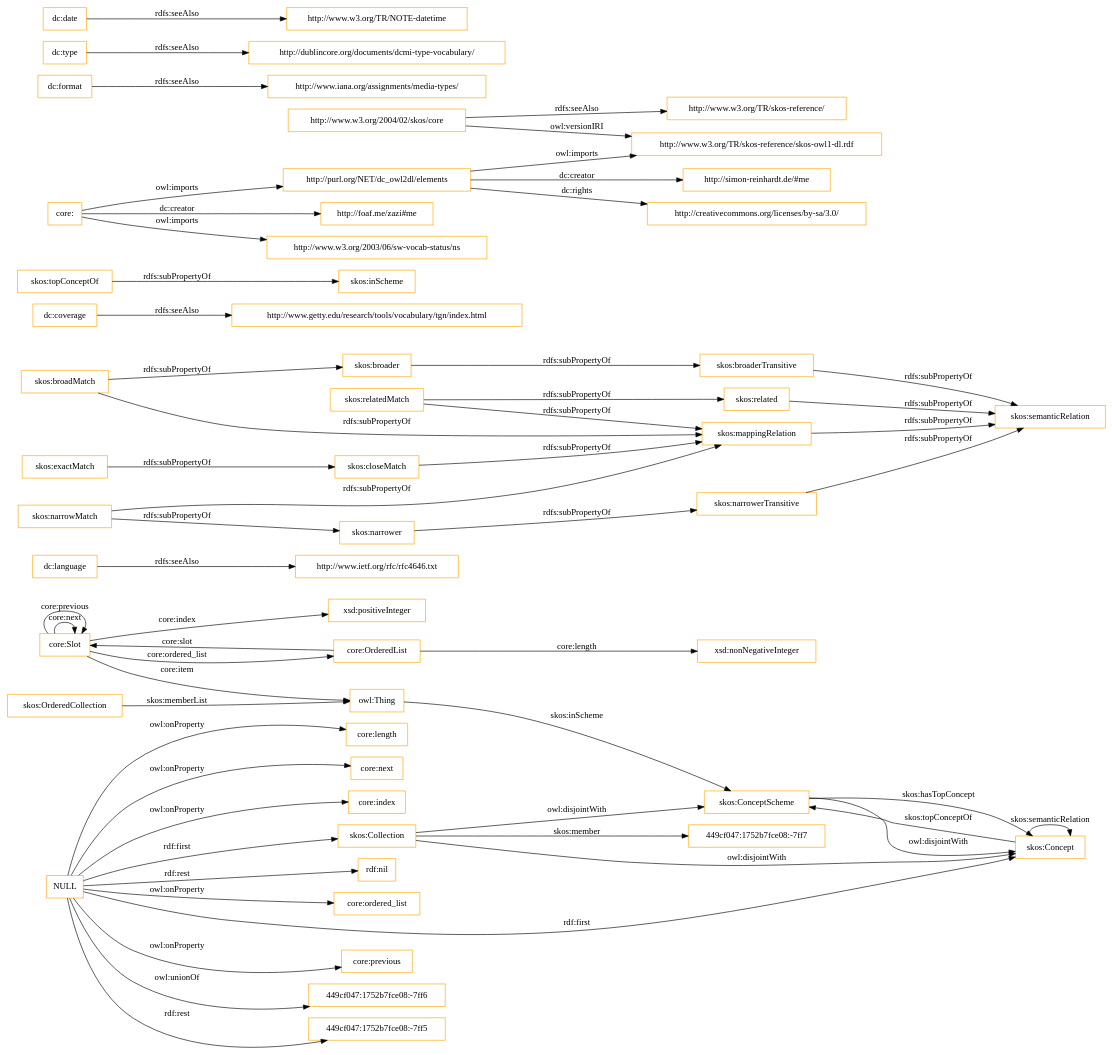
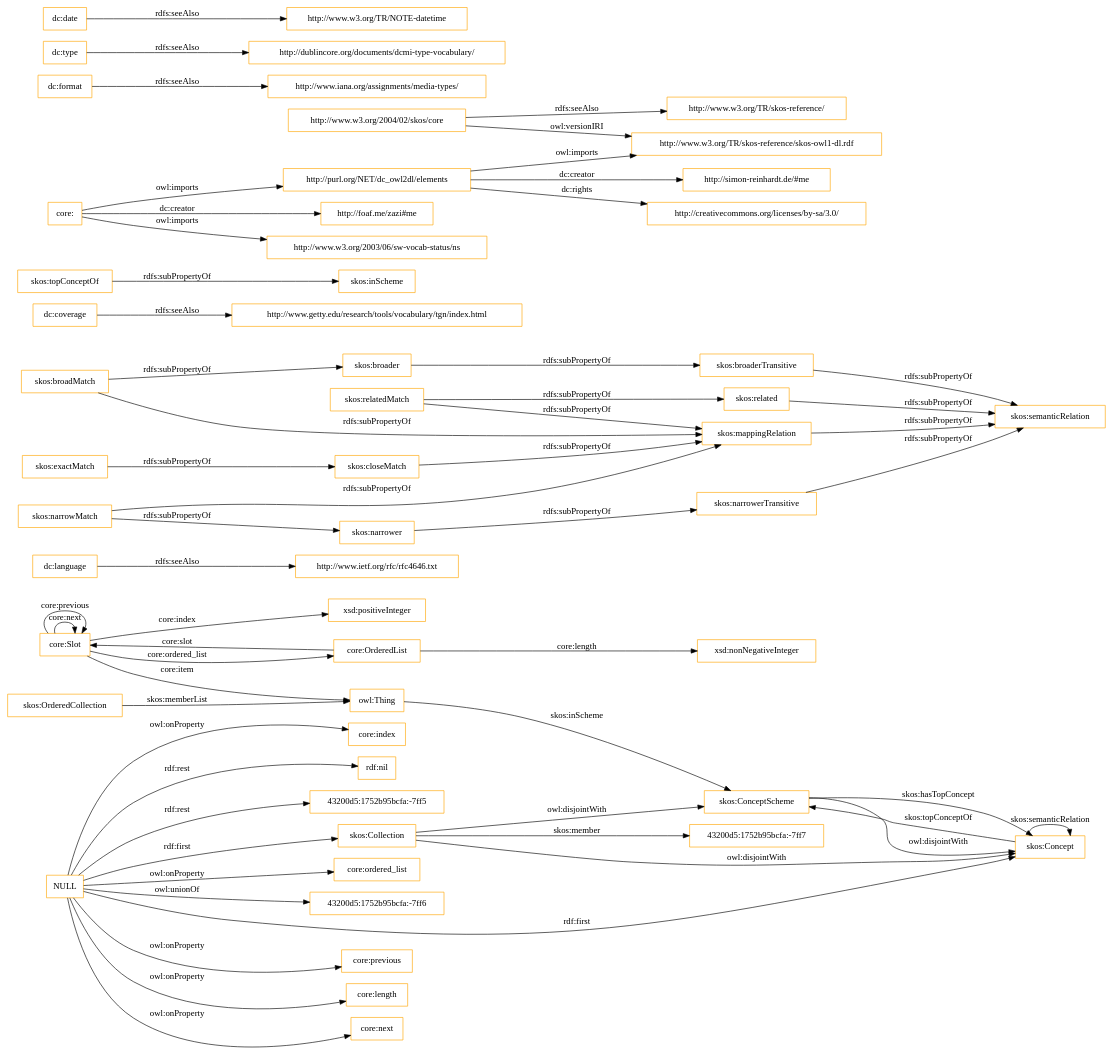
One commit to OnToologyUser/core-ontology-1 changed the diagram in OnToology/imports/core.owl/diagrams/ar2dtool-class/core.owl.png.dot. Above: the diagram before and after it, drawn with Graphviz. The commit also changed 14 other files, not shown here.

```diff
--- a/OnToology/imports/core.owl/diagrams/ar2dtool-class/core.owl.png.dot
+++ b/OnToology/imports/core.owl/diagrams/ar2dtool-class/core.owl.png.dot
@@ -1,60 +1,60 @@
 digraph ar2dtool_diagram { 
 rankdir=LR;
 size="1501"
-node [shape = rectangle, color="orange"]; "core:Slot" "core:OrderedList" "449cf047:1752b7fce08:-7ff7" "skos:OrderedCollection" "skos:Collection" "skos:ConceptScheme" "skos:Concept" ; /*classes style*/
+node [shape = rectangle, color="orange"]; "core:Slot" "core:OrderedList" "43200d5:1752b95bcfa:-7ff7" "skos:OrderedCollection" "skos:Collection" "skos:ConceptScheme" "skos:Concept" ; /*classes style*/
 	"dc:language" -> "http://www.ietf.org/rfc/rfc4646.txt" [ label = "rdfs:seeAlso" ];
 	"NULL" -> "core:previous" [ label = "owl:onProperty" ];
-	"NULL" -> "449cf047:1752b7fce08:-7ff6" [ label = "owl:unionOf" ];
-	"NULL" -> "449cf047:1752b7fce08:-7ff5" [ label = "rdf:rest" ];
 	"NULL" -> "core:length" [ label = "owl:onProperty" ];
 	"NULL" -> "skos:Concept" [ label = "rdf:first" ];
 	"NULL" -> "core:next" [ label = "owl:onProperty" ];
 	"NULL" -> "core:index" [ label = "owl:onProperty" ];
 	"NULL" -> "rdf:nil" [ label = "rdf:rest" ];
+	"NULL" -> "43200d5:1752b95bcfa:-7ff5" [ label = "rdf:rest" ];
 	"NULL" -> "core:ordered_list" [ label = "owl:onProperty" ];
+	"NULL" -> "43200d5:1752b95bcfa:-7ff6" [ label = "owl:unionOf" ];
 	"NULL" -> "skos:Collection" [ label = "rdf:first" ];
 	"skos:closeMatch" -> "skos:mappingRelation" [ label = "rdfs:subPropertyOf" ];
 	"dc:coverage" -> "http://www.getty.edu/research/tools/vocabulary/tgn/index.html" [ label = "rdfs:seeAlso" ];
 	"skos:relatedMatch" -> "skos:related" [ label = "rdfs:subPropertyOf" ];
 	"skos:relatedMatch" -> "skos:mappingRelation" [ label = "rdfs:subPropertyOf" ];
 	"skos:ConceptScheme" -> "skos:Concept" [ label = "owl:disjointWith" ];
 	"skos:related" -> "skos:semanticRelation" [ label = "rdfs:subPropertyOf" ];
 	"skos:topConceptOf" -> "skos:inScheme" [ label = "rdfs:subPropertyOf" ];
 	"skos:broadMatch" -> "skos:broader" [ label = "rdfs:subPropertyOf" ];
 	"skos:broadMatch" -> "skos:mappingRelation" [ label = "rdfs:subPropertyOf" ];
 	"http://purl.org/NET/dc_owl2dl/elements" -> "http://www.w3.org/TR/skos-reference/skos-owl1-dl.rdf" [ label = "owl:imports" ];
 	"http://purl.org/NET/dc_owl2dl/elements" -> "http://creativecommons.org/licenses/by-sa/3.0/" [ label = "dc:rights" ];
 	"http://purl.org/NET/dc_owl2dl/elements" -> "http://simon-reinhardt.de/#me" [ label = "dc:creator" ];
 	"skos:exactMatch" -> "skos:closeMatch" [ label = "rdfs:subPropertyOf" ];
 	"dc:format" -> "http://www.iana.org/assignments/media-types/" [ label = "rdfs:seeAlso" ];
 	"core:" -> "http://foaf.me/zazi#me" [ label = "dc:creator" ];
 	"core:" -> "http://www.w3.org/2003/06/sw-vocab-status/ns" [ label = "owl:imports" ];
 	"core:" -> "http://purl.org/NET/dc_owl2dl/elements" [ label = "owl:imports" ];
 	"skos:broaderTransitive" -> "skos:semanticRelation" [ label = "rdfs:subPropertyOf" ];
 	"skos:mappingRelation" -> "skos:semanticRelation" [ label = "rdfs:subPropertyOf" ];
 	"skos:broader" -> "skos:broaderTransitive" [ label = "rdfs:subPropertyOf" ];
 	"dc:type" -> "http://dublincore.org/documents/dcmi-type-vocabulary/" [ label = "rdfs:seeAlso" ];
 	"http://www.w3.org/2004/02/skos/core" -> "http://www.w3.org/TR/skos-reference/skos-owl1-dl.rdf" [ label = "owl:versionIRI" ];
 	"http://www.w3.org/2004/02/skos/core" -> "http://www.w3.org/TR/skos-reference/" [ label = "rdfs:seeAlso" ];
 	"skos:Collection" -> "skos:ConceptScheme" [ label = "owl:disjointWith" ];
 	"skos:Collection" -> "skos:Concept" [ label = "owl:disjointWith" ];
 	"skos:narrowMatch" -> "skos:narrower" [ label = "rdfs:subPropertyOf" ];
 	"skos:narrowMatch" -> "skos:mappingRelation" [ label = "rdfs:subPropertyOf" ];
 	"skos:narrower" -> "skos:narrowerTransitive" [ label = "rdfs:subPropertyOf" ];
 	"dc:date" -> "http://www.w3.org/TR/NOTE-datetime" [ label = "rdfs:seeAlso" ];
 	"skos:narrowerTransitive" -> "skos:semanticRelation" [ label = "rdfs:subPropertyOf" ];
 	"core:Slot" -> "xsd:positiveInteger" [ label = "core:index" ];
 	"skos:Concept" -> "skos:ConceptScheme" [ label = "skos:topConceptOf" ];
 	"core:Slot" -> "owl:Thing" [ label = "core:item" ];
 	"core:OrderedList" -> "xsd:nonNegativeInteger" [ label = "core:length" ];
 	"core:OrderedList" -> "core:Slot" [ label = "core:slot" ];
-	"skos:Collection" -> "449cf047:1752b7fce08:-7ff7" [ label = "skos:member" ];
+	"skos:Collection" -> "43200d5:1752b95bcfa:-7ff7" [ label = "skos:member" ];
 	"core:Slot" -> "core:Slot" [ label = "core:next" ];
 	"skos:ConceptScheme" -> "skos:Concept" [ label = "skos:hasTopConcept" ];
 	"owl:Thing" -> "skos:ConceptScheme" [ label = "skos:inScheme" ];
 	"core:Slot" -> "core:Slot" [ label = "core:previous" ];
 	"skos:OrderedCollection" -> "owl:Thing" [ label = "skos:memberList" ];
 	"skos:Concept" -> "skos:Concept" [ label = "skos:semanticRelation" ];
 	"core:Slot" -> "core:OrderedList" [ label = "core:ordered_list" ];
 
 }
```
